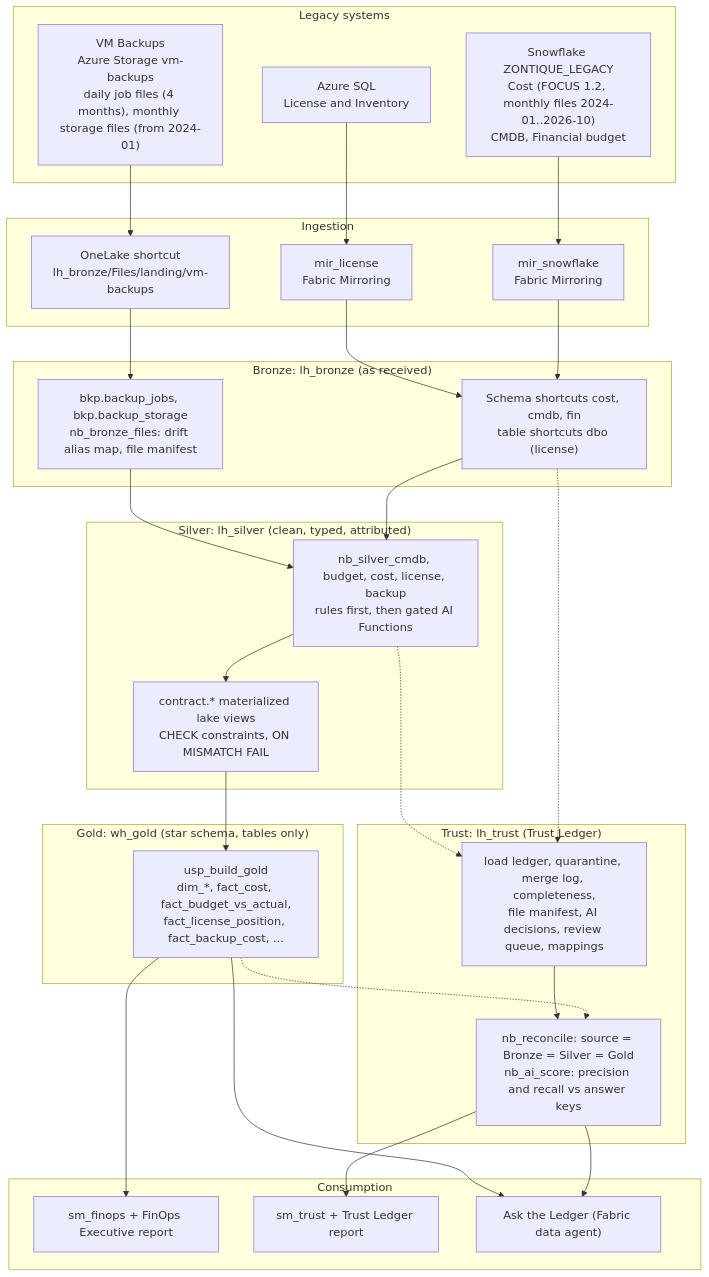
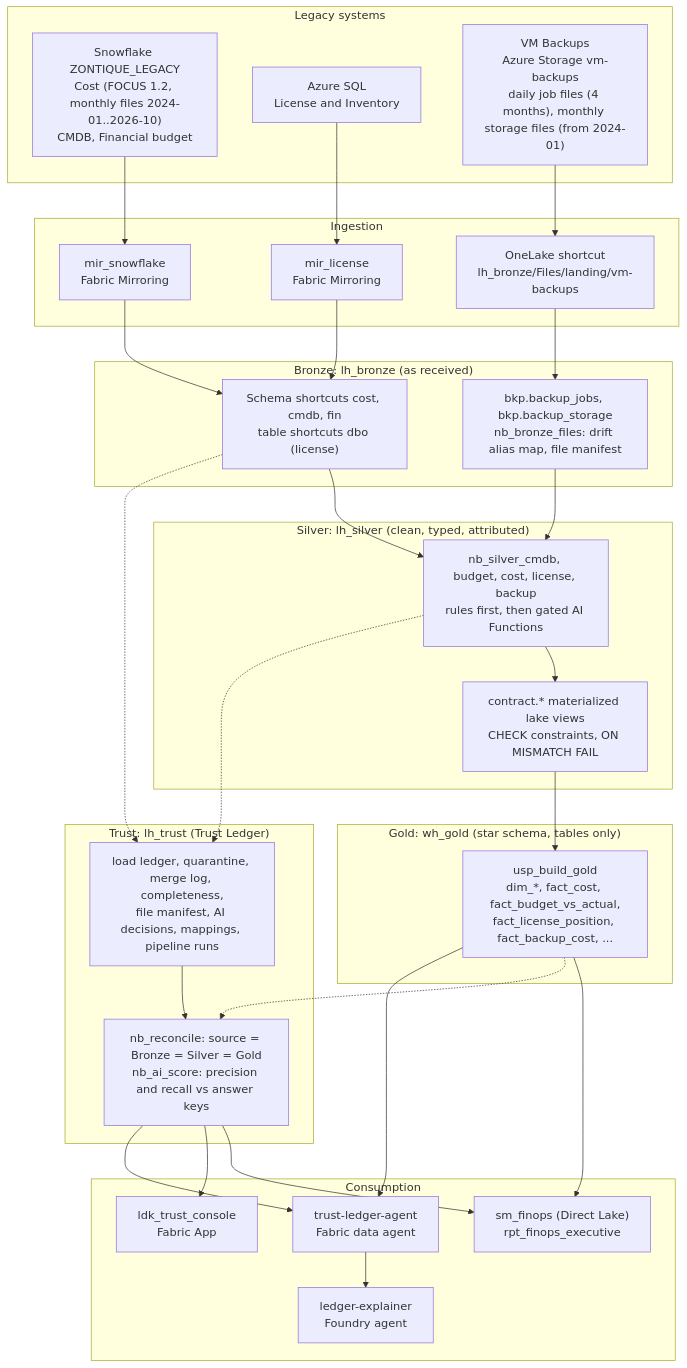
One commit to vardges-16/legacy-defuse-kit changed the diagram in docs/architecture.md. Above: the diagram before and after it, drawn with Mermaid. The commit also changed other lines of this file and 1 other file, not shown here.

````diff
--- a/docs/architecture.md
+++ b/docs/architecture.md
@@ -7,45 +7,47 @@
 ```mermaid
 flowchart TB
   subgraph SRC["Legacy systems"]
     SF["Snowflake ZONTIQUE_LEGACY<br/>Cost (FOCUS 1.2, monthly files 2024-01..2026-10)<br/>CMDB, Financial budget"]
     SQL["Azure SQL<br/>License and Inventory"]
     CSV["VM Backups<br/>Azure Storage vm-backups<br/>daily job files (4 months), monthly storage files (from 2024-01)"]
   end
   subgraph ING["Ingestion"]
     M1["mir_snowflake<br/>Fabric Mirroring"]
     M2["mir_license<br/>Fabric Mirroring"]
     UP["OneLake shortcut<br/>lh_bronze/Files/landing/vm-backups"]
   end
   subgraph BRZ["Bronze: lh_bronze (as received)"]
     B1["Schema shortcuts cost, cmdb, fin<br/>table shortcuts dbo (license)"]
     B2["bkp.backup_jobs, bkp.backup_storage<br/>nb_bronze_files: drift alias map, file manifest"]
   end
   subgraph SLV["Silver: lh_silver (clean, typed, attributed)"]
     S1["nb_silver_cmdb, budget, cost, license, backup<br/>rules first, then gated AI Functions"]
     S2["contract.* materialized lake views<br/>CHECK constraints, ON MISMATCH FAIL"]
   end
   subgraph GLD["Gold: wh_gold (star schema, tables only)"]
     G1["usp_build_gold<br/>dim_*, fact_cost, fact_budget_vs_actual,<br/>fact_license_position, fact_backup_cost, ..."]
   end
   subgraph TRU["Trust: lh_trust (Trust Ledger)"]
-    T1["load ledger, quarantine, merge log, completeness,<br/>file manifest, AI decisions, review queue, mappings"]
+    T1["load ledger, quarantine, merge log, completeness,<br/>file manifest, AI decisions, mappings, pipeline runs"]
     T2["nb_reconcile: source = Bronze = Silver = Gold<br/>nb_ai_score: precision and recall vs answer keys"]
   end
   subgraph OUT["Consumption"]
-    R1["sm_finops + FinOps Executive report"]
-    R2["sm_trust + Trust Ledger report"]
-    DA["Ask the Ledger (Fabric data agent)"]
+    R1["sm_finops (Direct Lake)<br/>rpt_finops_executive"]
+    APP["ldk_trust_console<br/>Fabric App"]
+    DA["trust-ledger-agent<br/>Fabric data agent"]
+    FA["ledger-explainer<br/>Foundry agent"]
   end
   SF --> M1 --> B1
   SQL --> M2 --> B1
   CSV --> UP --> B2
   B1 --> S1
   B2 --> S1
   S1 --> S2 --> G1 --> R1
   B1 -.-> T1
   S1 -.-> T1
   G1 -.-> T2
-  T1 --> T2 --> R2
+  T1 --> T2 --> R1
+  T2 --> APP
   T2 --> DA
-  G1 --> DA
+  G1 --> DA --> FA
 ```
````
